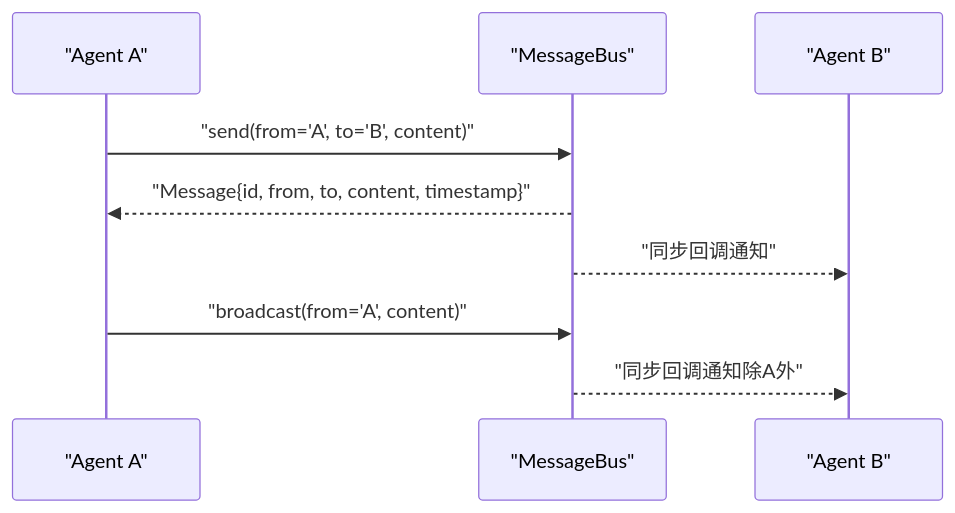
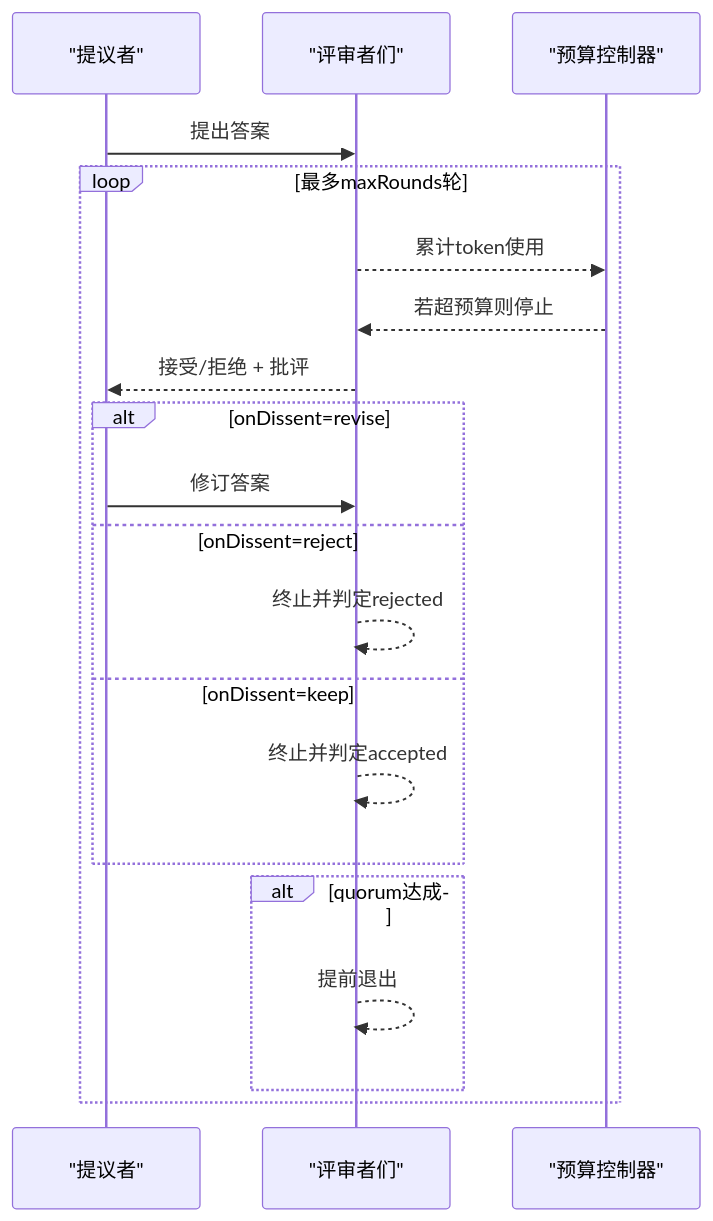
Before and after one commit to haolange/open-multi-agent: the eighth of 9 diagrams in .qoder/repowiki/zh/content/核心概念/核心概念.md, drawn with Mermaid. The commit also changed other lines of this file and 293 other files, not shown here.

````diff
--- a/.qoder/repowiki/zh/content/核心概念/核心概念.md
+++ b/.qoder/repowiki/zh/content/核心概念/核心概念.md
@@ -274,11 +283,22 @@
 ```mermaid
 sequenceDiagram
-participant A as "Agent A"
-participant BUS as "MessageBus"
-participant B as "Agent B"
-A->>BUS : "send(from='A', to='B', content)"
-BUS-->>A : "Message{id, from, to, content, timestamp}"
-BUS-->>B : "同步回调通知"
-A->>BUS : "broadcast(from='A', content)"
-BUS-->>B : "同步回调通知除A外"
+participant P as "提议者"
+participant J as "评审者们"
+participant B as "预算控制器"
+P->>J : 提出答案
+loop 最多maxRounds轮
+J-->>B : 累计token使用
+B-->>J : 若超预算则停止
+J-->>P : 接受/拒绝 + 批评
+alt onDissent=revise
+P->>J : 修订答案
+else onDissent=reject
+J-->>J : 终止并判定rejected
+else onDissent=keep
+J-->>J : 终止并判定accepted
+end
+alt quorum达成
+J-->>J : 提前退出
+end
+end
 ```
````
